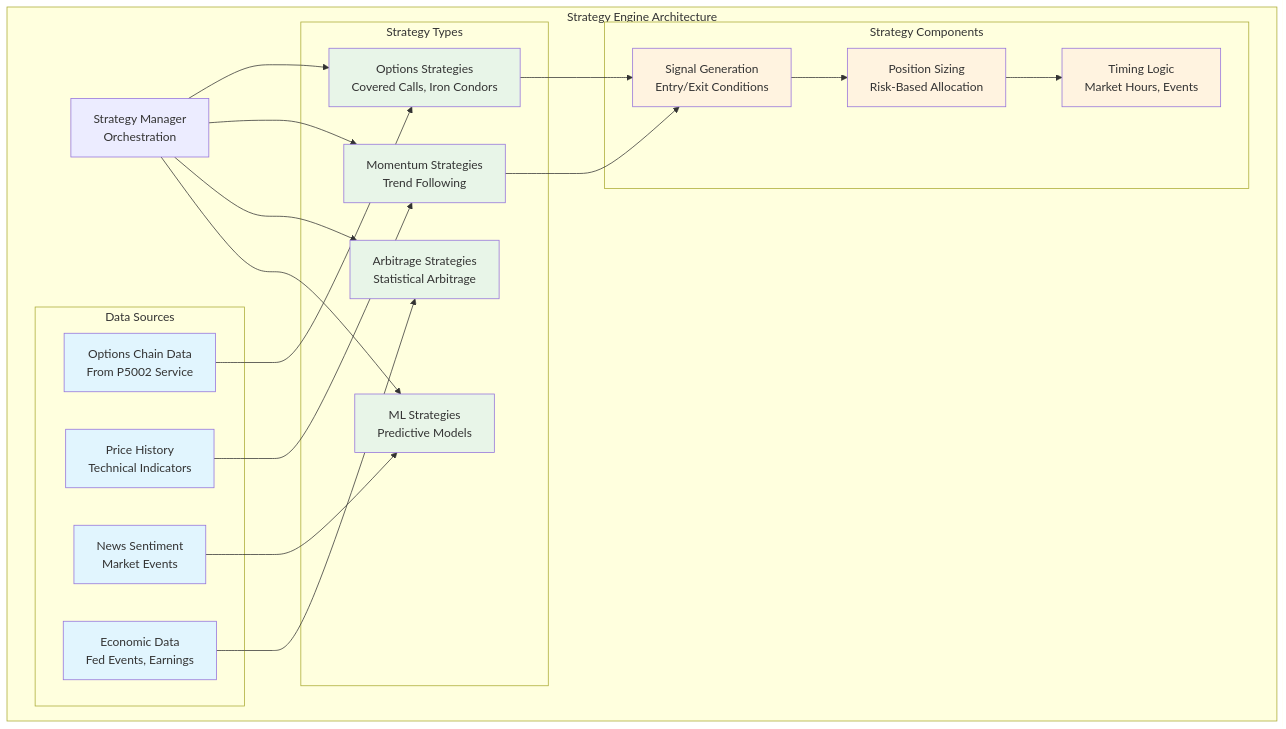
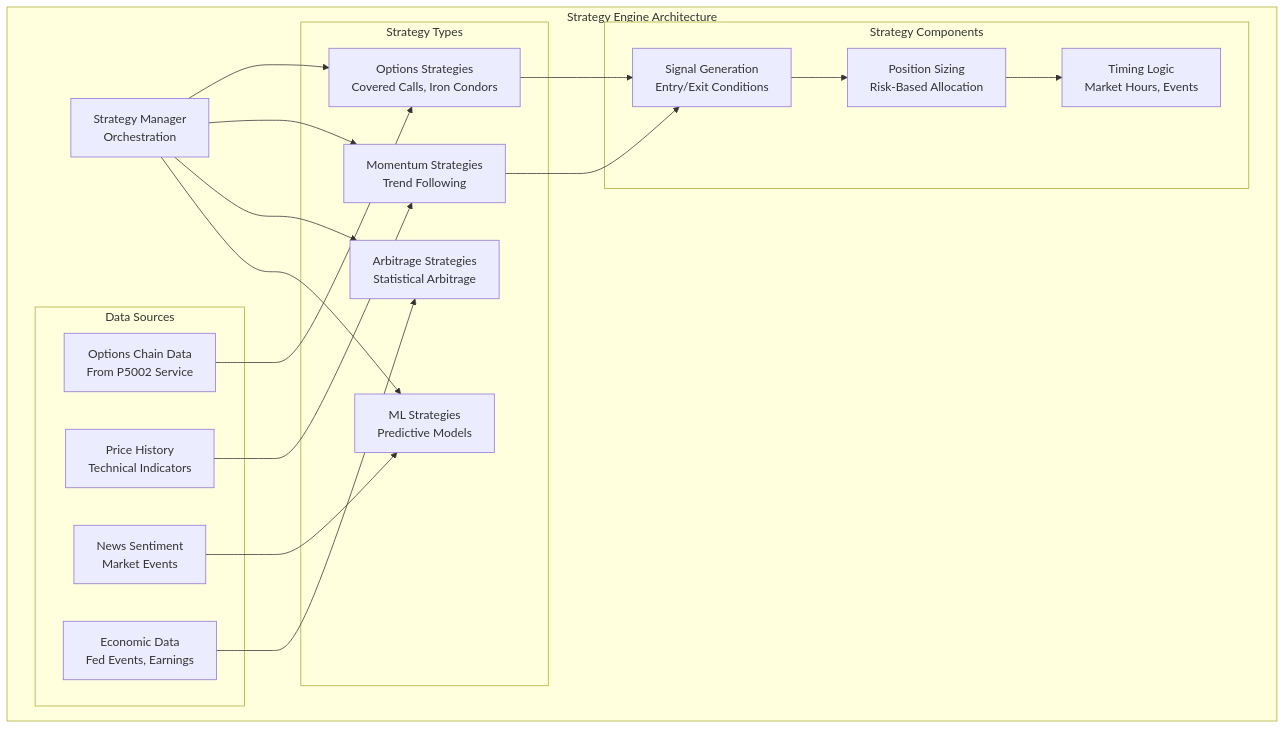
Before and after one commit to petewilburn/Python-Programs-for-Fun-and-Education: the second of 7 diagrams in src/Python_Programs/IBKR_Trading_System_Architecture.md, drawn with Mermaid. The commit also changed other lines of this file and 3 other files, not shown here.

Commit message:
Remove all Mermaid styling for better dark mode compatibility

````diff
--- a/src/Python_Programs/IBKR_Trading_System_Architecture.md
+++ b/src/Python_Programs/IBKR_Trading_System_Architecture.md
@@ -182,49 +167,41 @@
 ```mermaid
 graph TD
     subgraph "Strategy Engine Architecture"
         StrategyMgr[Strategy Manager<br/>Orchestration]
         
         subgraph "Strategy Types"
             OptStrat[Options Strategies<br/>Covered Calls, Iron Condors]
             MomStrat[Momentum Strategies<br/>Trend Following]
             ArbStrat[Arbitrage Strategies<br/>Statistical Arbitrage]
             MLStrat[ML Strategies<br/>Predictive Models]
         end
         
         subgraph "Data Sources"
             OptData[Options Chain Data<br/>From P5002 Service]
             PriceHist[Price History<br/>Technical Indicators]
             NewsData[News Sentiment<br/>Market Events]
             EconData[Economic Data<br/>Fed Events, Earnings]
         end
         
         subgraph "Strategy Components"
             SignalGen[Signal Generation<br/>Entry/Exit Conditions]
             PosSizing[Position Sizing<br/>Risk-Based Allocation]
             TimingLogic[Timing Logic<br/>Market Hours, Events]
         end
         
         StrategyMgr --> OptStrat
         StrategyMgr --> MomStrat
         StrategyMgr --> ArbStrat
         StrategyMgr --> MLStrat
         
         OptData --> OptStrat
         PriceHist --> MomStrat
         NewsData --> MLStrat
         EconData --> ArbStrat
         
         OptStrat --> SignalGen
         MomStrat --> SignalGen
         SignalGen --> PosSizing
         PosSizing --> TimingLogic
     end
-    
-    classDef strategy fill:#e8f5e8
-    classDef data fill:#e1f5fe
-    classDef component fill:#fff3e0
-    
-    class OptStrat,MomStrat,ArbStrat,MLStrat strategy
-    class OptData,PriceHist,NewsData,EconData data
-    class SignalGen,PosSizing,TimingLogic component
 ```
````
